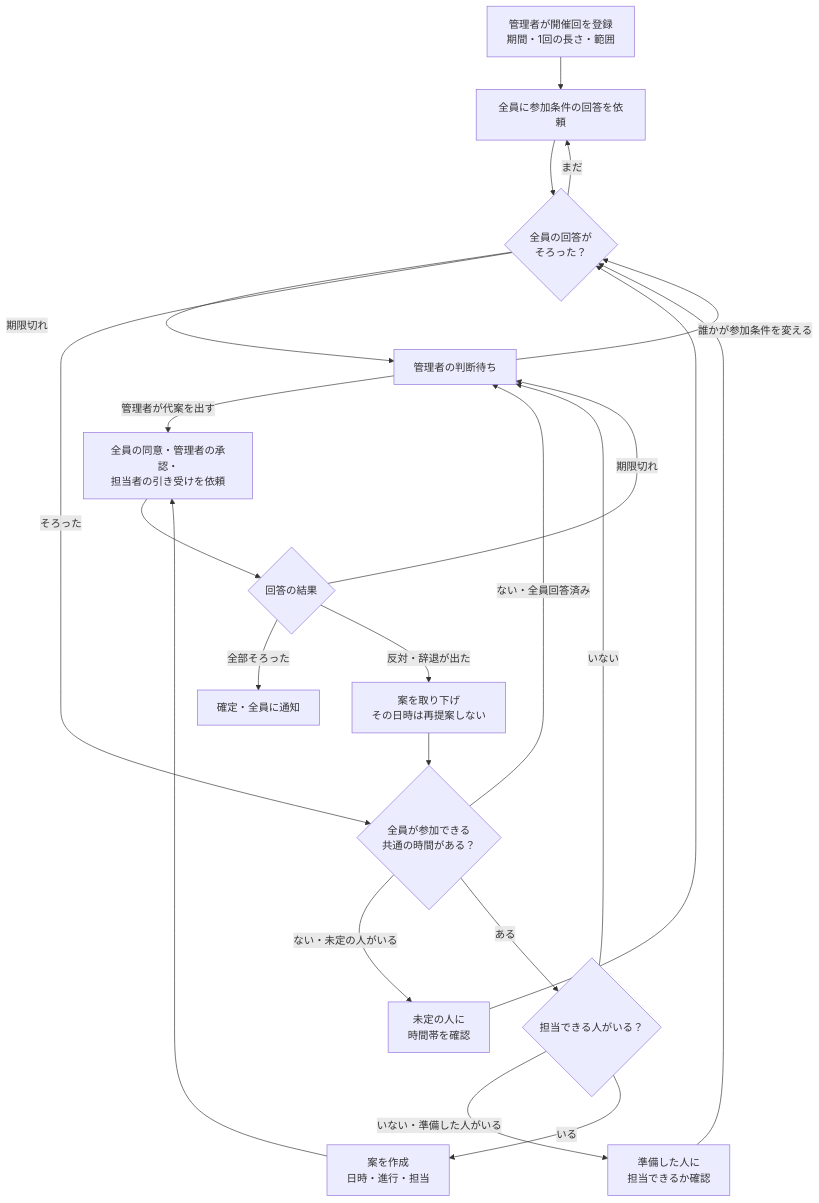
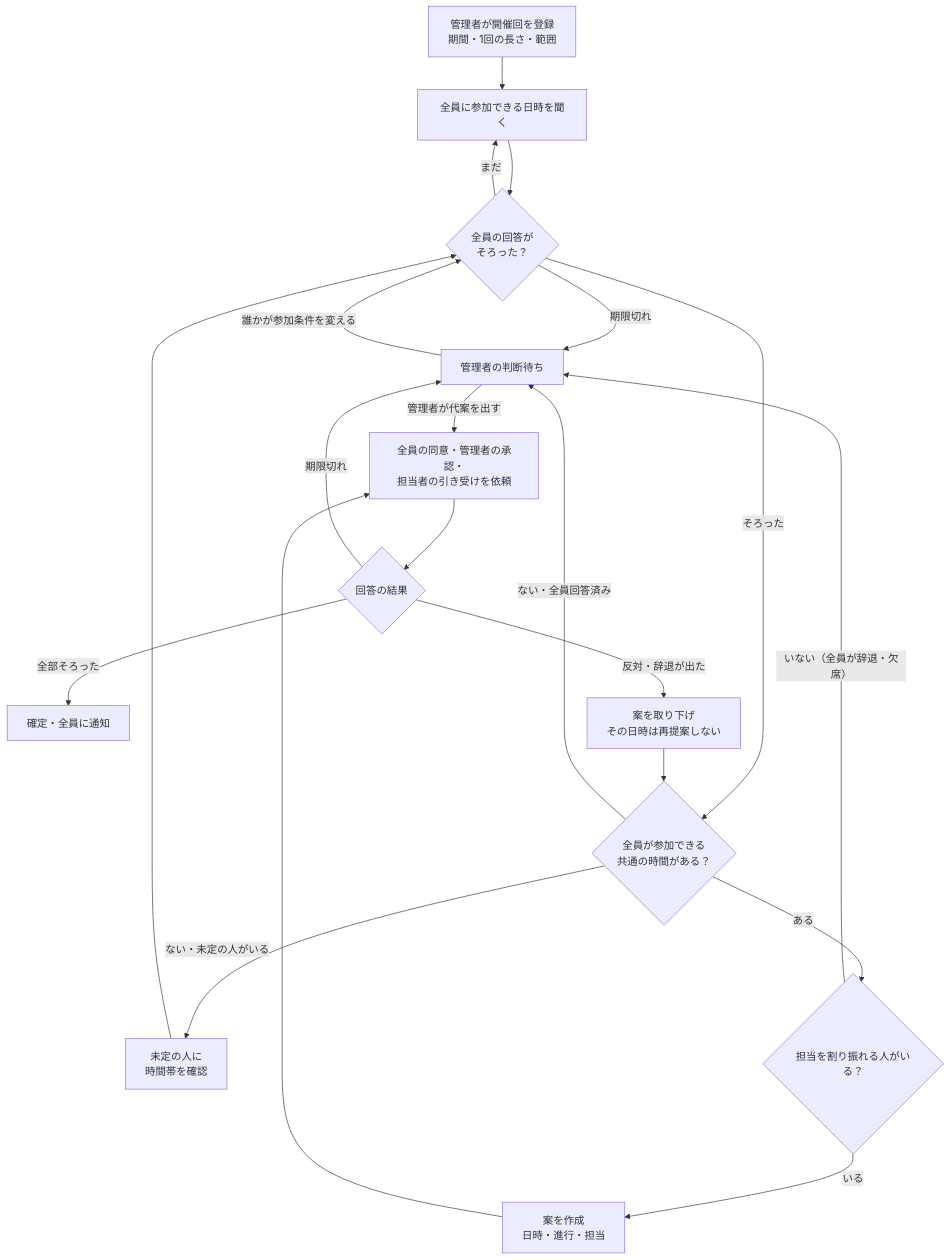
The first of 5 diagrams in docs/scheduling-rule.md (kasa320/ai-hackathon), drawn with Mermaid before and after one commit. The commit also changed other lines of this file and 4 other files, not shown here.

````diff
--- a/docs/scheduling-rule.md
+++ b/docs/scheduling-rule.md
@@ -29,24 +29,22 @@
 ```mermaid
 flowchart TD
-    A[管理者が開催回を登録<br/>期間・1回の長さ・範囲] --> B[全員に参加条件の回答を依頼]
+    A[管理者が開催回を登録<br/>期間・1回の長さ・範囲] --> B[全員に参加できる日時を聞く]
     B --> C{全員の回答が<br/>そろった？}
     C -- まだ --> B
     C -- 期限切れ --> Z[管理者の判断待ち]
     C -- そろった --> D{全員が参加できる<br/>共通の時間がある？}
     D -- ない・未定の人がいる --> E[未定の人に<br/>時間帯を確認]
     E --> C
     D -- ない・全員回答済み --> Z
-    D -- ある --> F{担当できる人がいる？}
-    F -- いない・準備した人がいる --> G[準備した人に<br/>担当できるか確認]
-    G --> C
-    F -- いない --> Z
+    D -- ある --> F{担当を割り振れる人がいる？}
+    F -- いない（全員が辞退・欠席） --> Z
     F -- いる --> H[案を作成<br/>日時・進行・担当]
     H --> I[全員の同意・管理者の承認・<br/>担当者の引き受けを依頼]
     I --> J{回答の結果}
     J -- 全部そろった --> K[確定・全員に通知]
     J -- 反対・辞退が出た --> L[案を取り下げ<br/>その日時は再提案しない]
     L --> D
     J -- 期限切れ --> Z
     Z -- 管理者が代案を出す --> I
     Z -- 誰かが参加条件を変える --> C
 ```
````
